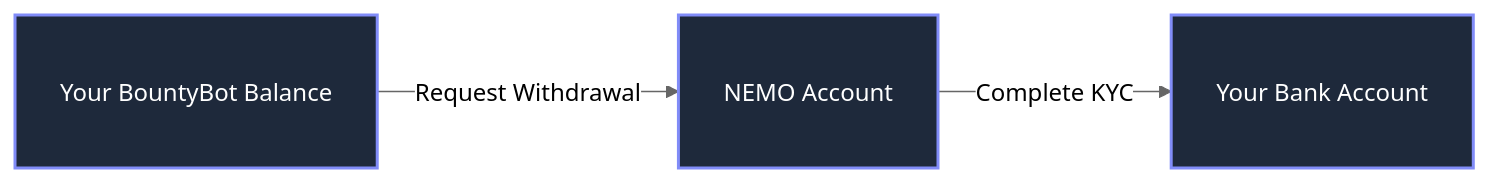
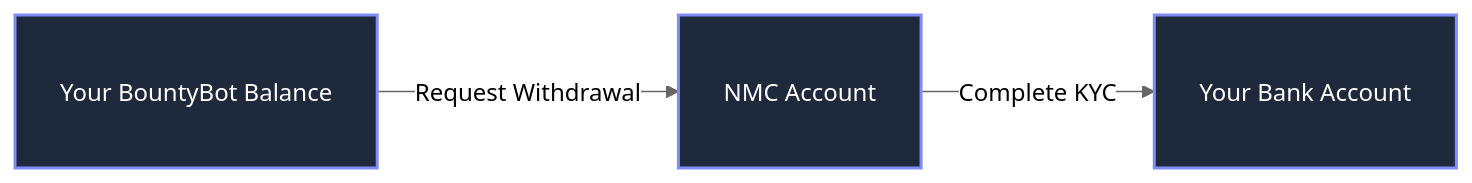
Before and after one commit to ghbountybot/docs: the diagram in docs/guide/withdrawing-funds.md, drawn with Mermaid (neutral theme). The commit also changed other lines of this file and 3 other files, not shown here.

Commit message:
change NEMO -> NMC

````diff
--- a/docs/guide/withdrawing-funds.md
+++ b/docs/guide/withdrawing-funds.md
@@ -12,8 +12,8 @@
 ```mermaid
 flowchart LR
     %% Define styles
     classDef default fill:#1e293b,stroke:#818cf8,stroke-width:2px,color:#ffffff,padding:10px
     
-    A[Your BountyBot Balance] -->|Request Withdrawal| B[NEMO Account]
+    A[Your BountyBot Balance] -->|Request Withdrawal| B[NMC Account]
     B -->|Complete KYC| C[Your Bank Account]
 ```
````
